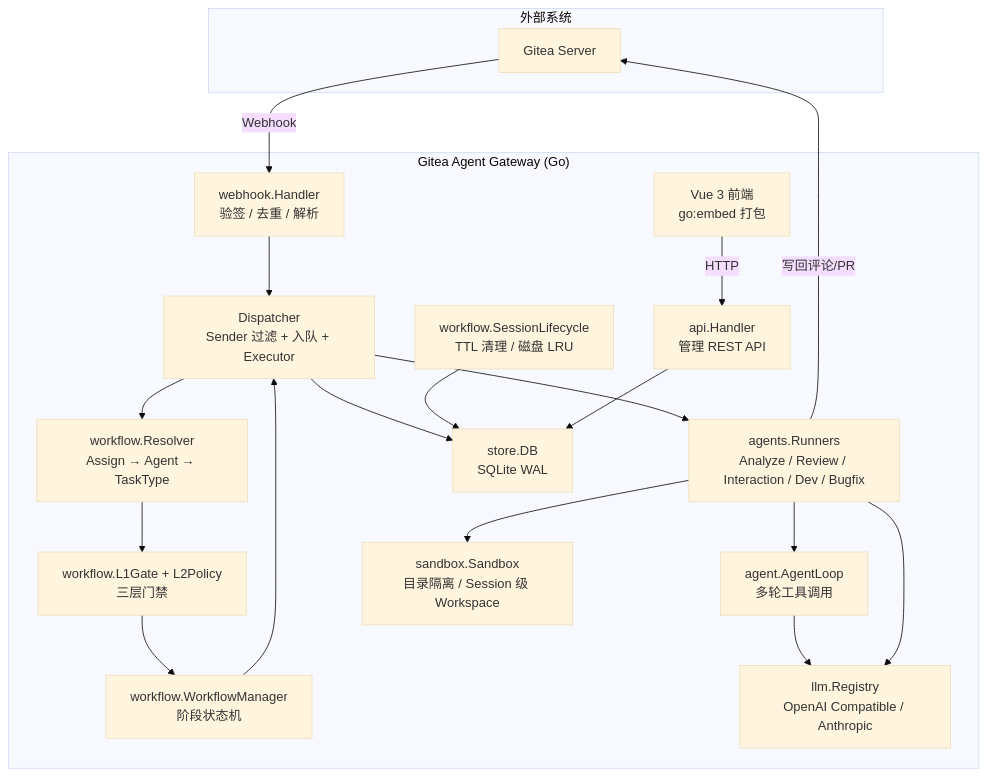
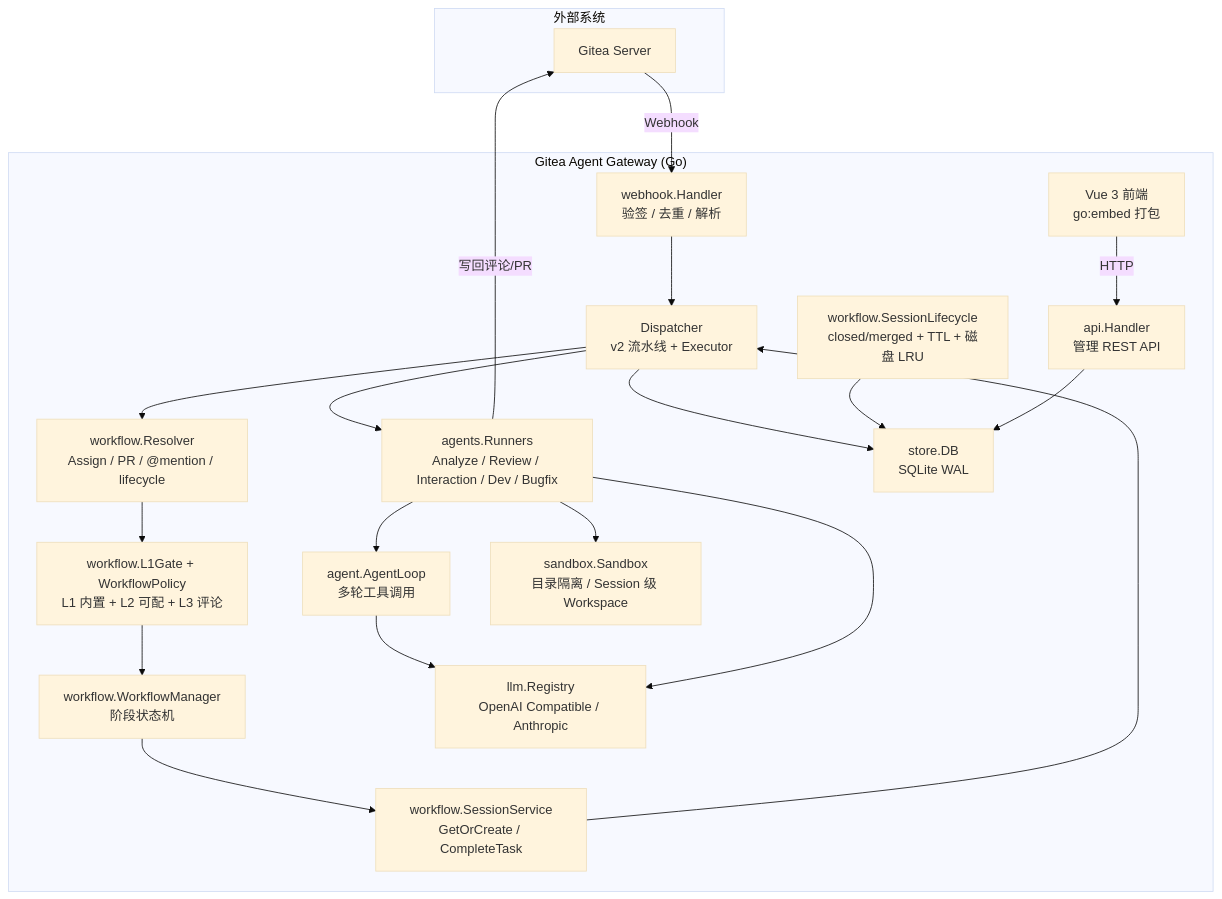
The second of 6 diagrams in docs/ARCHITECTURE.md (jeeinn/ai-dev), drawn with Mermaid (base theme) before and after one commit. The commit also changed other lines of this file and 5 other files, not shown here.

First line of the commit message:
docs: v2 全量文档收尾 — README/ARCHITECTURE/TASKS 归档 + progress 更新

````diff
--- a/docs/ARCHITECTURE.md
+++ b/docs/ARCHITECTURE.md
@@ -52,39 +55,41 @@
 ```mermaid
 graph TB
     subgraph 外部系统
         GITEA[Gitea Server]
     end
 
     subgraph Gateway["Gitea Agent Gateway (Go)"]
         WH[webhook.Handler<br/>验签 / 去重 / 解析]
-        RES[workflow.Resolver<br/>Assign → Agent → TaskType]
+        RES[workflow.Resolver<br/>Assign / PR / @mention / lifecycle]
+        SESS[workflow.SessionService<br/>GetOrCreate / CompleteTask]
         WF[workflow.WorkflowManager<br/>阶段状态机]
-        GATE[workflow.L1Gate + L2Policy<br/>三层门禁]
-        LIFECYCLE[workflow.SessionLifecycle<br/>TTL 清理 / 磁盘 LRU]
-        DISP[Dispatcher<br/>Sender 过滤 + 入队 + Executor]
+        GATE[workflow.L1Gate + WorkflowPolicy<br/>L1 内置 + L2 可配 + L3 评论]
+        LIFECYCLE[workflow.SessionLifecycle<br/>closed/merged + TTL + 磁盘 LRU]
+        DISP[Dispatcher<br/>v2 流水线 + Executor]
         RUNNERS[agents.Runners<br/>Analyze / Review / Interaction / Dev / Bugfix]
         AL[agent.AgentLoop<br/>多轮工具调用]
         LLM[llm.Registry<br/>OpenAI Compatible / Anthropic]
         SB[sandbox.Sandbox<br/>目录隔离 / Session 级 Workspace]
         STORE[store.DB<br/>SQLite WAL]
         API[api.Handler<br/>管理 REST API]
         WEB[Vue 3 前端<br/>go:embed 打包]
     end
 
     GITEA -->|Webhook| WH
     WH --> DISP
     DISP --> RES
     RES --> GATE
     GATE --> WF
-    WF --> DISP
+    WF --> SESS
+    SESS --> DISP
     DISP --> RUNNERS
     RUNNERS --> AL
     AL --> LLM
     RUNNERS --> SB
     RUNNERS --> LLM
     DISP --> STORE
     LIFECYCLE --> STORE
     RUNNERS -->|写回评论/PR| GITEA
     API --> STORE
     WEB -->|HTTP| API
 ```
````
